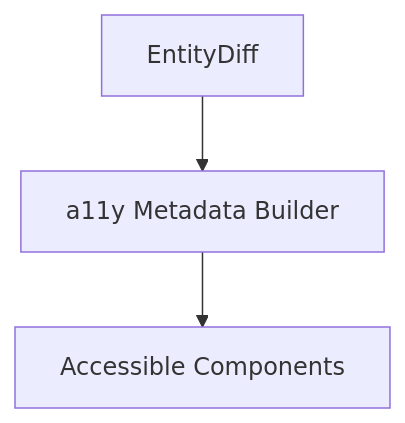
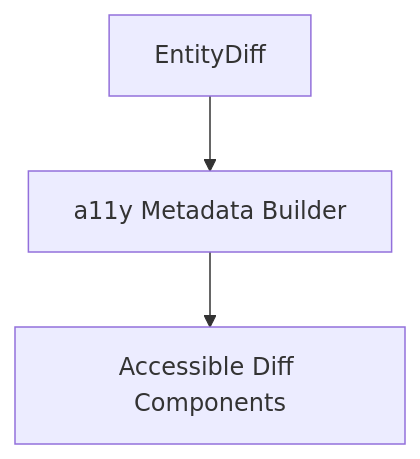
The third of 3 diagrams in web/src/entities/diff-first/model/README.md (bartytime4life/Kansas-Frontier-Matrix), drawn with Mermaid before and after one commit. The commit also changed other lines of this file, not shown here.

````diff
--- a/web/src/entities/diff-first/model/README.md
+++ b/web/src/entities/diff-first/model/README.md
@@ -236,5 +342,5 @@
-```mermaid
+~~~mermaid
 flowchart TD
     DIFF[EntityDiff] --> A11Y[a11y Metadata Builder]
-    A11Y --> UI[Accessible Components]
-```
+    A11Y --> UI[Accessible Diff Components]
+~~~
````
